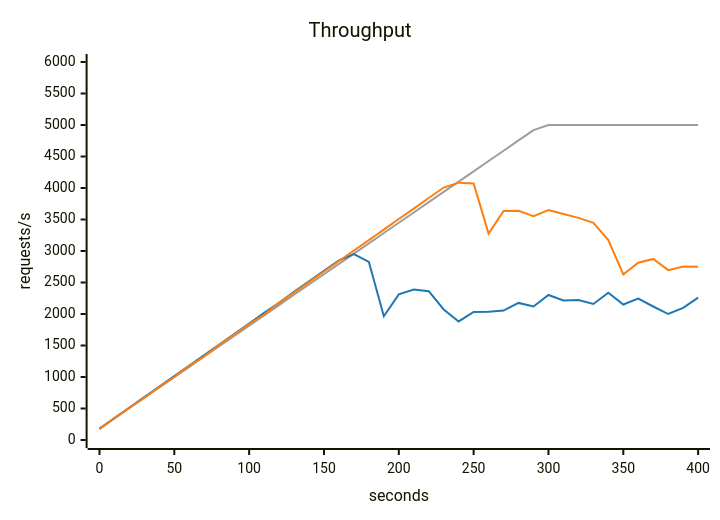
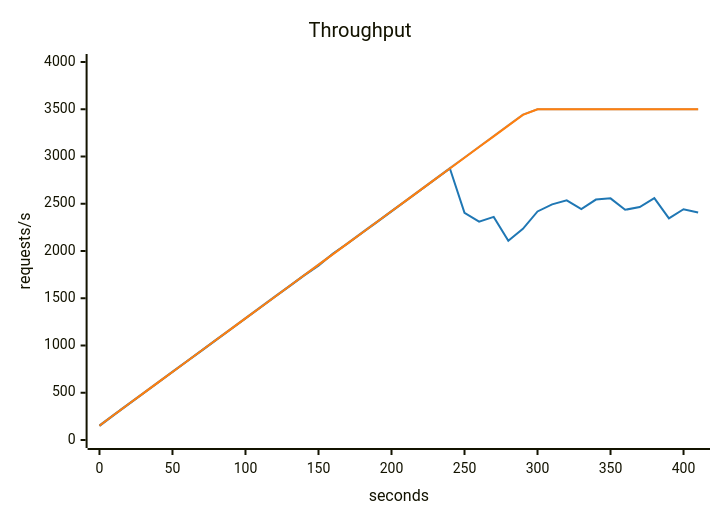
Before and after one commit to akinfemi/load-lore: the first of 2 diagrams in scenarios/when-to-scale-your-database/solutions/one-query-per-page/compare.md, drawn with Mermaid. The commit also changed other lines of this file and 4 other files, not shown here.

````diff
--- a/scenarios/when-to-scale-your-database/solutions/one-query-per-page/compare.md
+++ b/scenarios/when-to-scale-your-database/solutions/one-query-per-page/compare.md
@@ -33,16 +33,16 @@
 ```mermaid
 ---
 config:
   themeVariables:
     xyChart:
       backgroundColor: "transparent"
       plotColorPalette: "#9e9e9e, #1f77b4, #ff7f0e"
 ---
 xychart-beta
     title "Throughput"
-    x-axis "seconds" 0 --> 400
-    y-axis "requests/s" 0 --> 6000
-    line [181.667, 345, 508.333, 671.667, 835, 998.333, 1161.667, 1325, 1488.333, 1651.667, 1815, 1978.333, 2141.667, 2305, 2468.333, 2631.667, 2795, 2958.333, 3121.667, 3285, 3448.333, 3611.667, 3775, 3938.333, 4101.667, 4265, 4428.333, 4591.667, 4755, 4918.333, 5000, 5000, 5000, 5000, 5000, 5000, 5000, 5000, 5000, 5000, 5000]
-    line [176.889, 346.345, 513.312, 680.239, 847.162, 1014.094, 1180.939, 1347.883, 1514.767, 1682.044, 1849.223, 2016.894, 2176.396, 2350.677, 2517.004, 2683.856, 2850.889, 2949.542, 2827.543, 1965.193, 2311.262, 2388.398, 2361.964, 2072.834, 1881.981, 2031.356, 2035.659, 2055.076, 2175.96, 2118.925, 2302.556, 2216.102, 2220.806, 2158.422, 2337.471, 2150.717, 2244.651, 2118.95, 1999.645, 2098.355, 2259.192]
-    line [174.146, 345.472, 512.229, 670.786, 846.053, 999.572, 1179.174, 1328.432, 1512.397, 1674.592, 1841.376, 1987.437, 2179.742, 2340.021, 2506.658, 2674.04, 2840.664, 3007.322, 3173.549, 3340.319, 3507.628, 3673.532, 3840.892, 4007.198, 4084.616, 4072.088, 3275.988, 3636.747, 3637.842, 3552.332, 3650.626, 3586.121, 3525.728, 3447.451, 3174.578, 2628.83, 2814.527, 2874.192, 2696.429, 2754.836, 2748.946]
+    x-axis "seconds" 0 --> 410
+    y-axis "requests/s" 0 --> 4000
+    line [156.667, 270, 383.333, 496.667, 610, 723.333, 836.667, 950, 1063.333, 1176.667, 1290, 1403.333, 1516.667, 1630, 1743.333, 1856.667, 1970, 2083.333, 2196.667, 2310, 2423.333, 2536.667, 2650, 2763.333, 2876.667, 2990, 3103.333, 3216.667, 3330, 3443.333, 3500, 3500, 3500, 3500, 3500, 3500, 3500, 3500, 3500, 3500, 3500, 3500]
+    line [149.332, 265.983, 379.379, 492.676, 606.007, 719.391, 832.639, 946.26, 1059.25, 1172.553, 1286.098, 1399.315, 1512.626, 1626.059, 1739.5, 1844.378, 1974.149, 2079.56, 2192.516, 2306.098, 2419.344, 2532.43, 2645.811, 2759.737, 2872.617, 2404.164, 2310.339, 2360.629, 2109.098, 2233.962, 2418.592, 2493.227, 2535.734, 2442.842, 2543.969, 2556.936, 2435.943, 2464.948, 2559.215, 2344.651, 2442.317, 2407.159]
+    line [150.908, 266.819, 380.352, 493.509, 606.866, 720.239, 833.37, 946.955, 1060.211, 1173.523, 1286.928, 1400.081, 1513.534, 1627.051, 1740.189, 1853.356, 1967.001, 2080.205, 2193.554, 2306.848, 2420.048, 2533.581, 2647.079, 2760.197, 2873.528, 2986.968, 3100.26, 3213.543, 3326.59, 3440.269, 3500.078, 3499.602, 3500.263, 3500.043, 3500.38, 3499.633, 3499.349, 3499.959, 3500.735, 3499.938, 3499.795, 3500.063]
 ```
````
